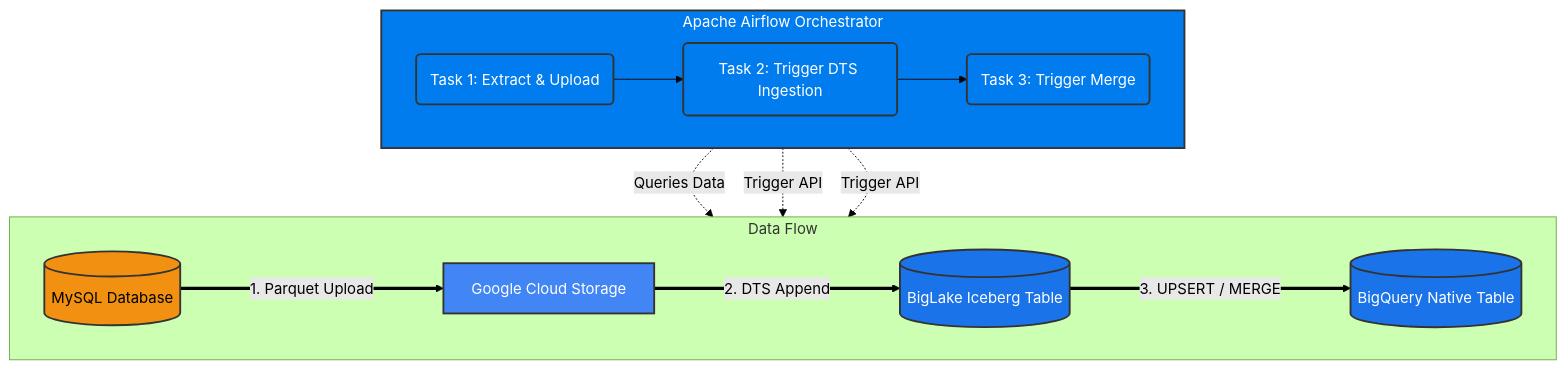
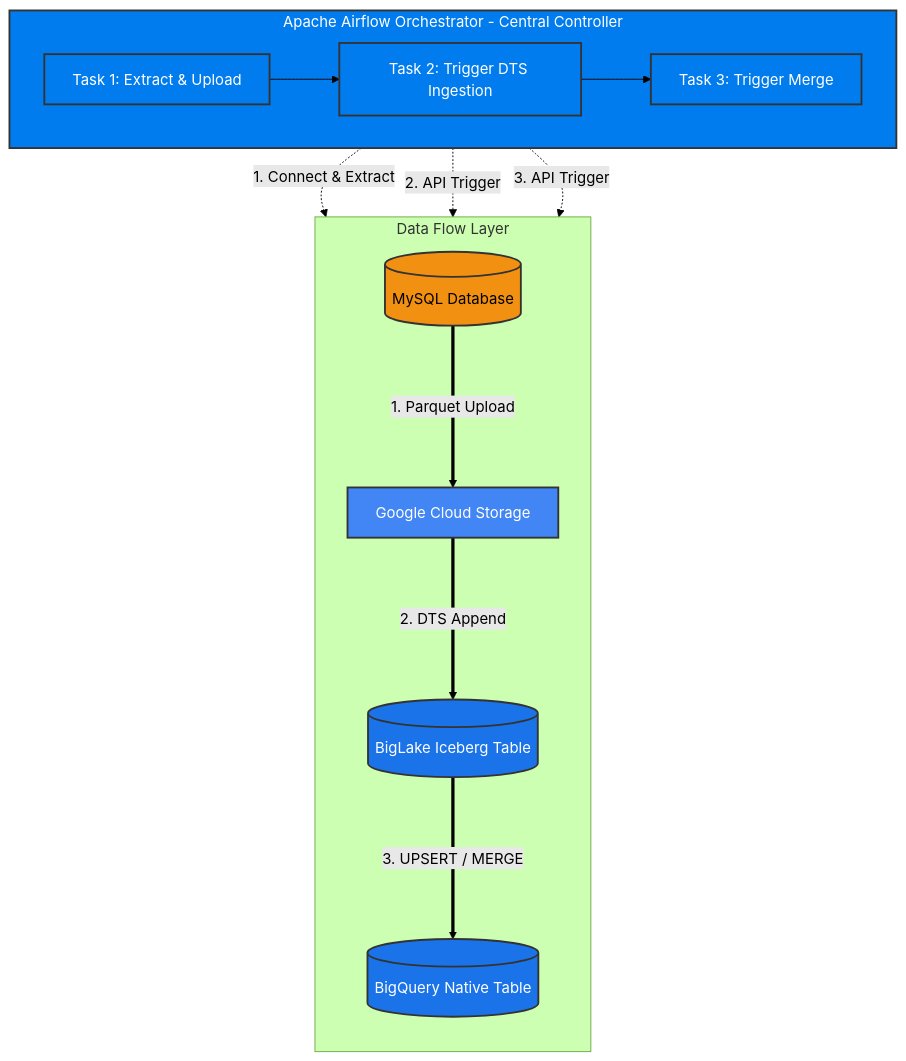
One commit to agralabs/BigQuery-BigLake changed the diagram in dts_parquet_to_iceberg_with_airflow.md. Above: the diagram before and after it, drawn with Mermaid (forest theme).

````diff
--- a/dts_parquet_to_iceberg_with_airflow.md
+++ b/dts_parquet_to_iceberg_with_airflow.md
@@ -7,29 +7,29 @@
 ```mermaid
 graph TD
-    subgraph Airflow [Apache Airflow Orchestrator]
+    subgraph Airflow [Apache Airflow Orchestrator - Central Controller]
         direction LR
-        T1(Task 1: Extract & Upload) --> T2(Task 2: Trigger DTS Ingestion) --> T3(Task 3: Trigger Merge)
+        T1[Task 1: Extract & Upload] --> T2[Task 2: Trigger DTS Ingestion] --> T3[Task 3: Trigger Merge]
     end
 
-    subgraph Data_Pipeline [Data Flow]
-        direction LR
+    subgraph Data_Pipeline [Data Flow Layer]
+        direction TB
         DB[(MySQL Database)] ===>|1. Parquet Upload| GCS[Google Cloud Storage]
         GCS ===>|2. DTS Append| Managed[(BigLake Iceberg Table)]
         Managed ===>|3. UPSERT / MERGE| Native[(BigQuery Native Table)]
     end
 
-    %% Control Flow Links
-    T1 -.->|Queries Data| DB
-    T2 -.->|Trigger API| GCS
-    T3 -.->|Trigger API| Managed
+    %% Explicit Control Flows from Airflow Tasks to Pipeline Steps
+    T1 -.->|1. Connect & Extract| DB
+    T2 -.->|2. API Trigger| GCS
+    T3 -.->|3. API Trigger| Managed
 
     classDef airflow fill:#017cee,stroke:#333,stroke-width:2px,color:#fff;
     classDef storage fill:#4285f4,stroke:#333,stroke-width:2px,color:#fff;
     classDef bq fill:#1a73e8,stroke:#333,stroke-width:2px,color:#fff;
     classDef db fill:#f29111,stroke:#333,stroke-width:2px;
     
     class Airflow,T1,T2,T3 airflow;
     class GCS storage;
     class Managed,Native bq;
     class DB db;
 ```
````
